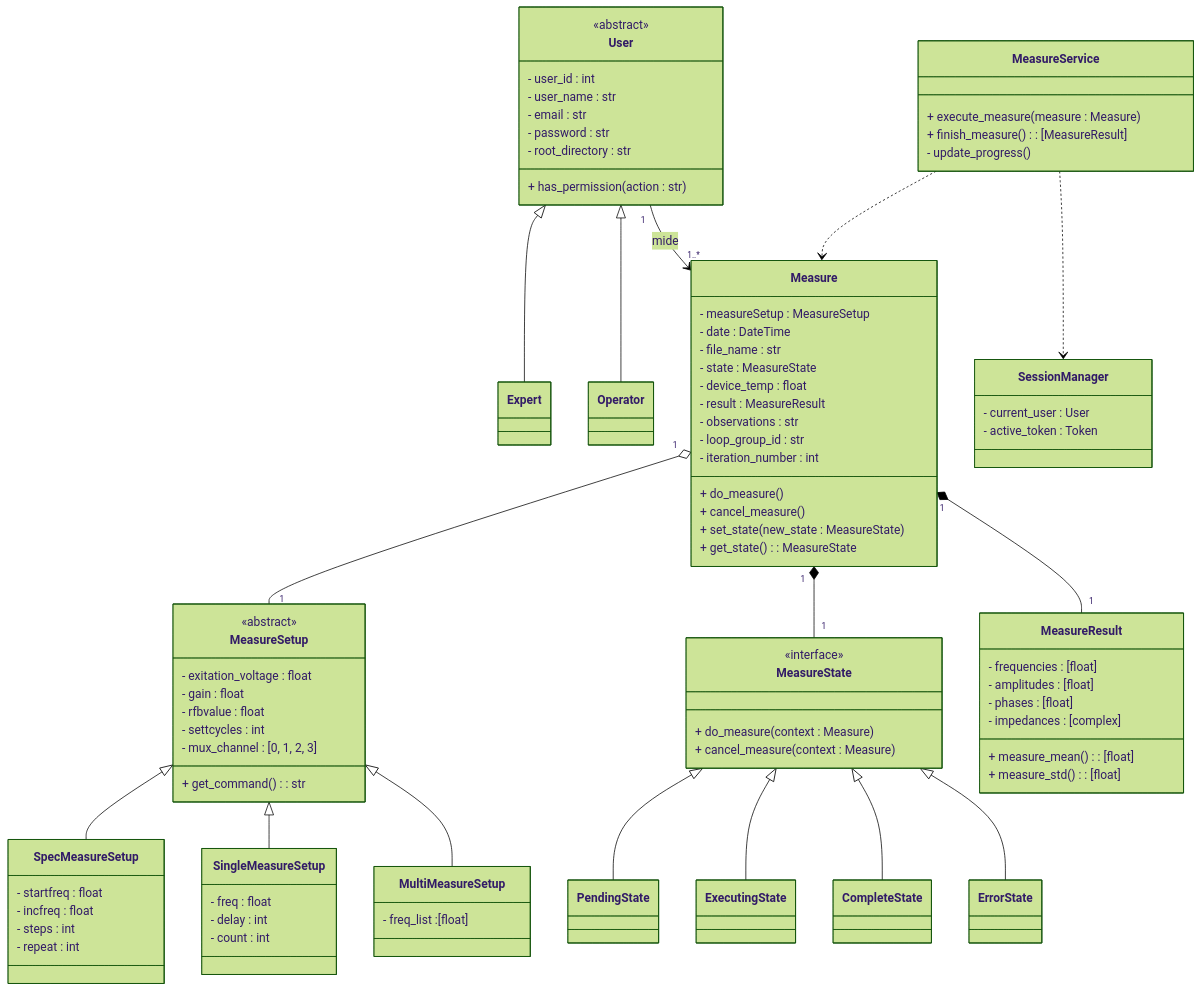
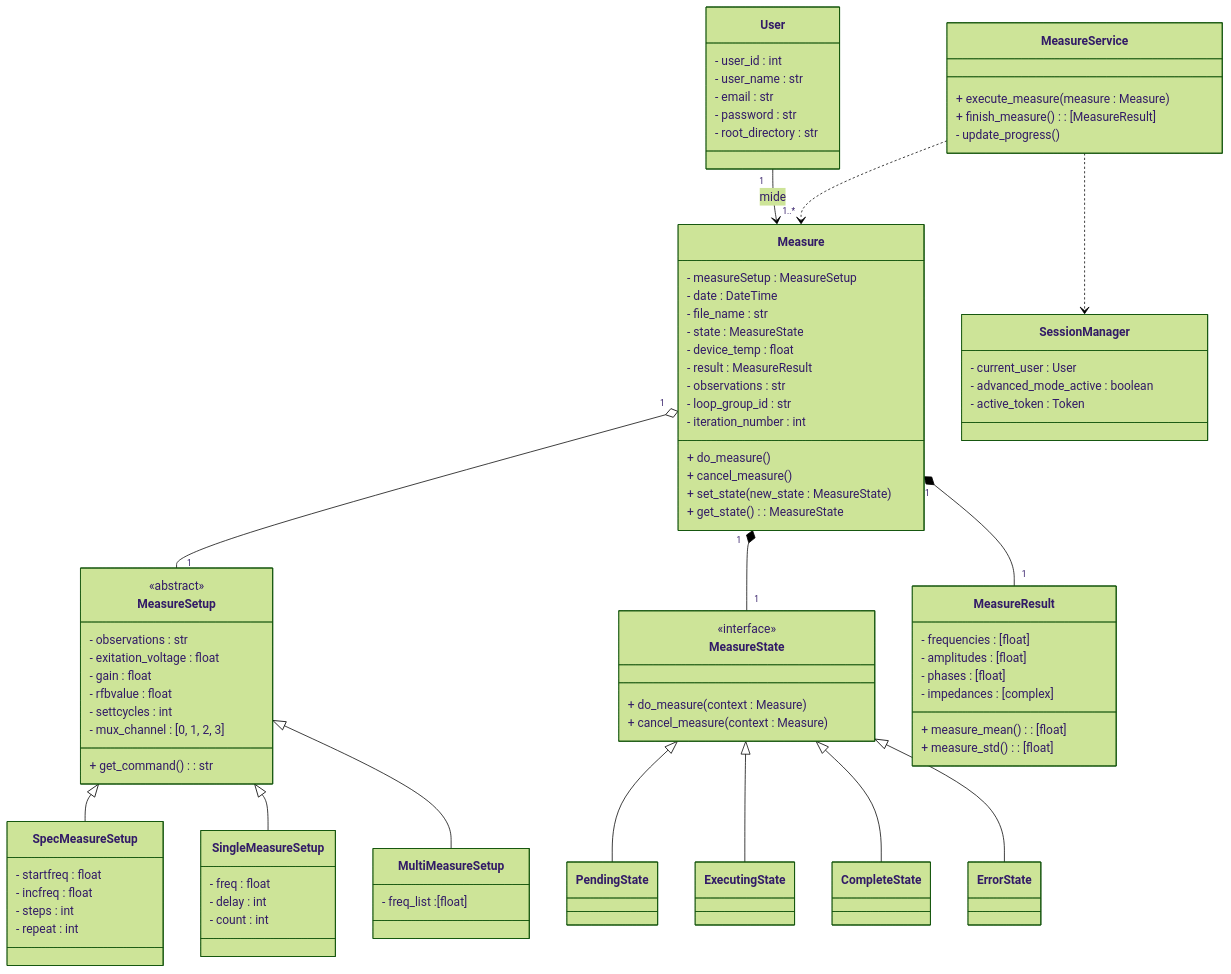
The fourth of 6 diagrams in Gmini-MarkDown/Diagramas/Clases Conceptuales.md (alegrelias/Repo-GMini), drawn with Mermaid (forest theme) before and after one commit. The commit also changed other lines of this file, not shown here.

Commit message:
Se modifica diagrama de clases

````diff
--- a/Gmini-MarkDown/Diagramas/Clases Conceptuales.md
+++ b/Gmini-MarkDown/Diagramas/Clases Conceptuales.md
@@ -464,9 +438,5 @@
 ```mermaid
 classDiagram
-
-%% jerarquias
-User <|-- Expert
-User <|-- Operator
 
 MeasureSetup <|-- SpecMeasureSetup
 MeasureSetup <|-- SingleMeasureSetup
@@ -479,19 +449,12 @@
 
 %% clases
 class User {
-	<<abstract>>
 	- user_id : int
 	- user_name : str
 	- email : str
 	- password : str
 	- root_directory : str
-	+ has_permission(action : str)
-}
-
-class Operator{
-
-}
-class Expert{
+	
 }
 
 class Measure {
@@ -512,11 +475,13 @@
 
 class SessionManager{
 	- current_user : User
+	- advanced_mode_active : boolean
 	- active_token : Token
 }
 
 class MeasureSetup {
 		<<abstract>>
+		- observations : str
 		- exitation_voltage : float
 		- gain : float
 		- rfbvalue : float
````
